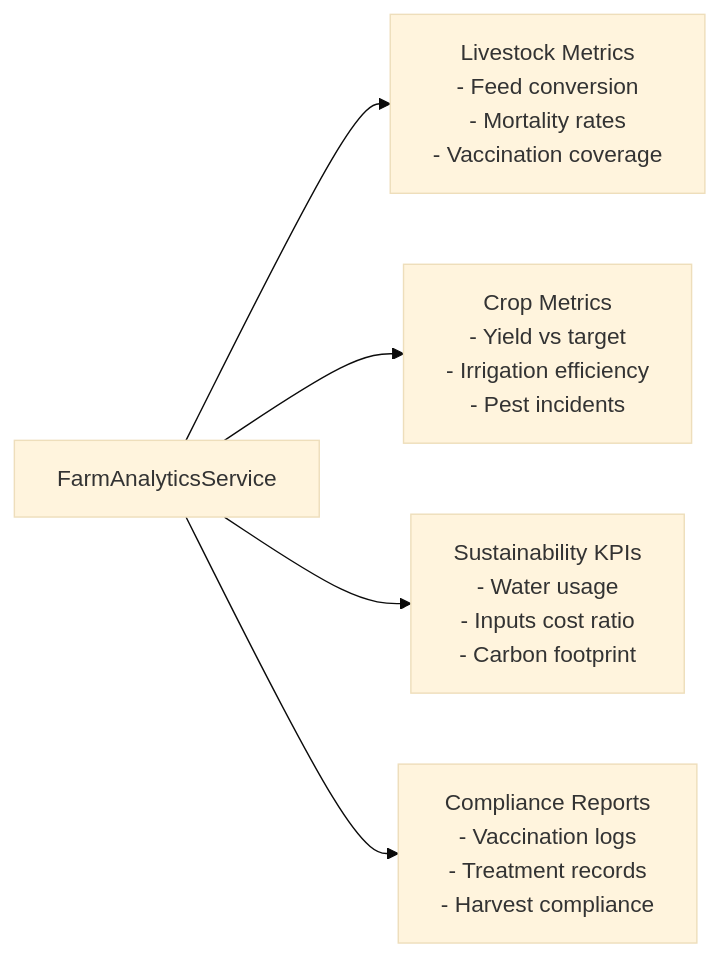
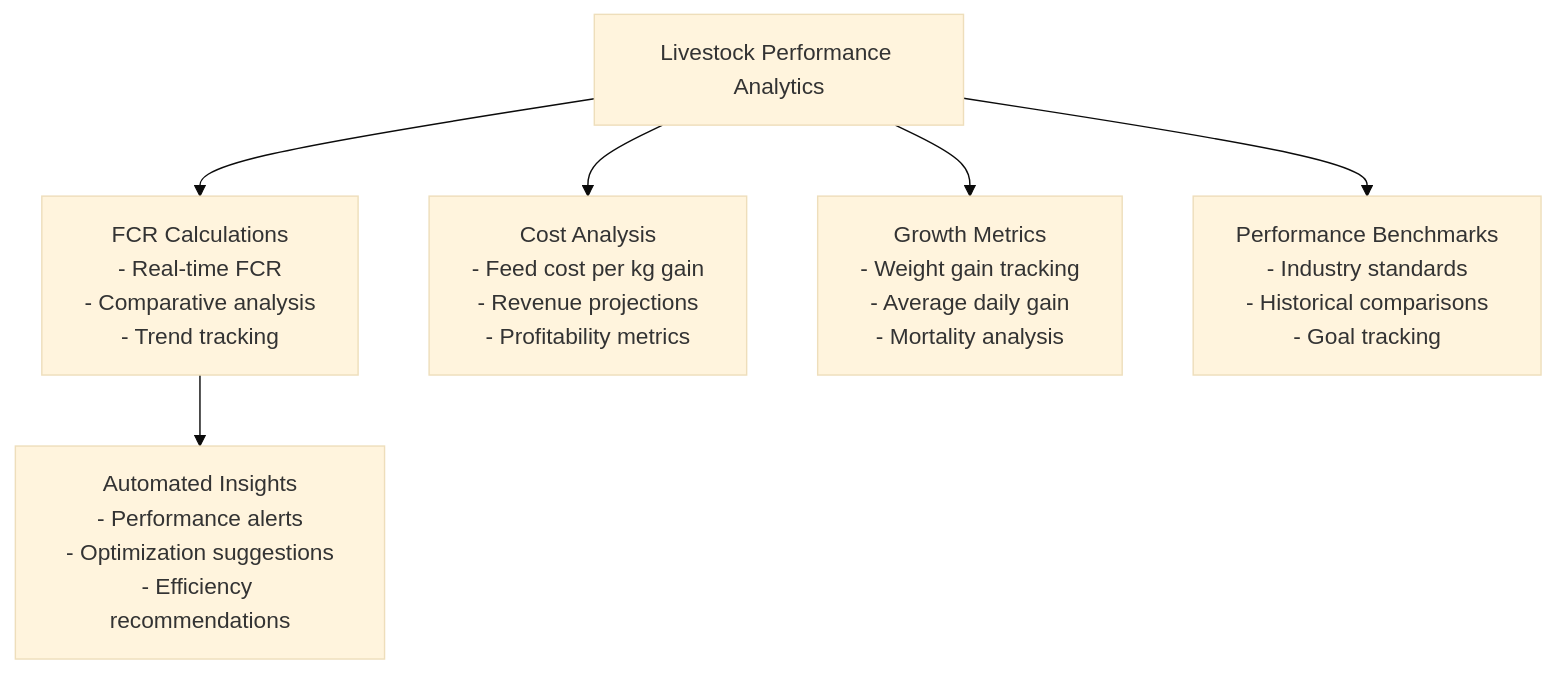
One commit to wahyudedik/qalcuityERP changed diagram 12 of 14 in .qoder/repowiki/en/content/Industry-Specific Modules/Livestock & Agriculture Module/Livestock & Agriculture Module.md. Above: the diagram before and after it, drawn with Mermaid (base theme). The commit also changed other lines of this file and 626 other files, not shown here.

````diff
--- a/.qoder/repowiki/en/content/Industry-Specific Modules/Livestock & Agriculture Module/Livestock & Agriculture Module.md
+++ b/.qoder/repowiki/en/content/Industry-Specific Modules/Livestock & Agriculture Module/Livestock & Agriculture Module.md
@@ -532,7 +704,8 @@
 ```mermaid
-graph LR
-A["FarmAnalyticsService"] --> B["Livestock Metrics<br/>- Feed conversion<br/>- Mortality rates<br/>- Vaccination coverage"]
-A --> C["Crop Metrics<br/>- Yield vs target<br/>- Irrigation efficiency<br/>- Pest incidents"]
-A --> D["Sustainability KPIs<br/>- Water usage<br/>- Inputs cost ratio<br/>- Carbon footprint"]
-A --> E["Compliance Reports<br/>- Vaccination logs<br/>- Treatment records<br/>- Harvest compliance"]
+graph TB
+A["Livestock Performance Analytics"] --> B["FCR Calculations<br/>- Real-time FCR<br/>- Comparative analysis<br/>- Trend tracking"]
+A --> C["Cost Analysis<br/>- Feed cost per kg gain<br/>- Revenue projections<br/>- Profitability metrics"]
+A --> D["Growth Metrics<br/>- Weight gain tracking<br/>- Average daily gain<br/>- Mortality analysis"]
+A --> E["Performance Benchmarks<br/>- Industry standards<br/>- Historical comparisons<br/>- Goal tracking"]
+B --> F["Automated Insights<br/>- Performance alerts<br/>- Optimization suggestions<br/>- Efficiency recommendations"]
 ```
````
